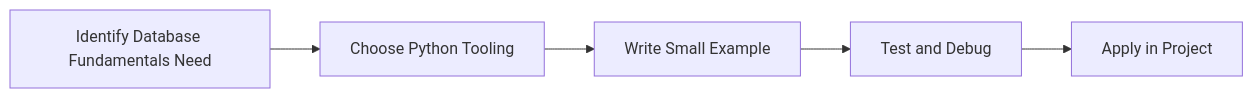
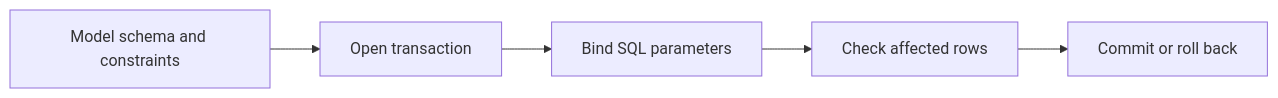
Before and after one commit to SYMOIZ/E-Learning-Portal: the diagram in Python-Mastery/Intermediate/26-database-fundamentals.md, drawn with Mermaid. The commit also changed other lines of this file and 116 other files, not shown here.

````diff
--- a/Python-Mastery/Intermediate/26-database-fundamentals.md
+++ b/Python-Mastery/Intermediate/26-database-fundamentals.md
@@ -138,7 +166,7 @@
 ```mermaid
 flowchart LR
-    A[Identify Database Fundamentals Need] --> B[Choose Python Tooling]
-    B --> C[Write Small Example]
-    C --> D[Test and Debug]
-    D --> E[Apply in Project]
+    A[Model schema and constraints] --> B[Open transaction]
+    B --> C[Bind SQL parameters]
+    C --> D[Check affected rows]
+    D --> E[Commit or roll back]
 ```
````
